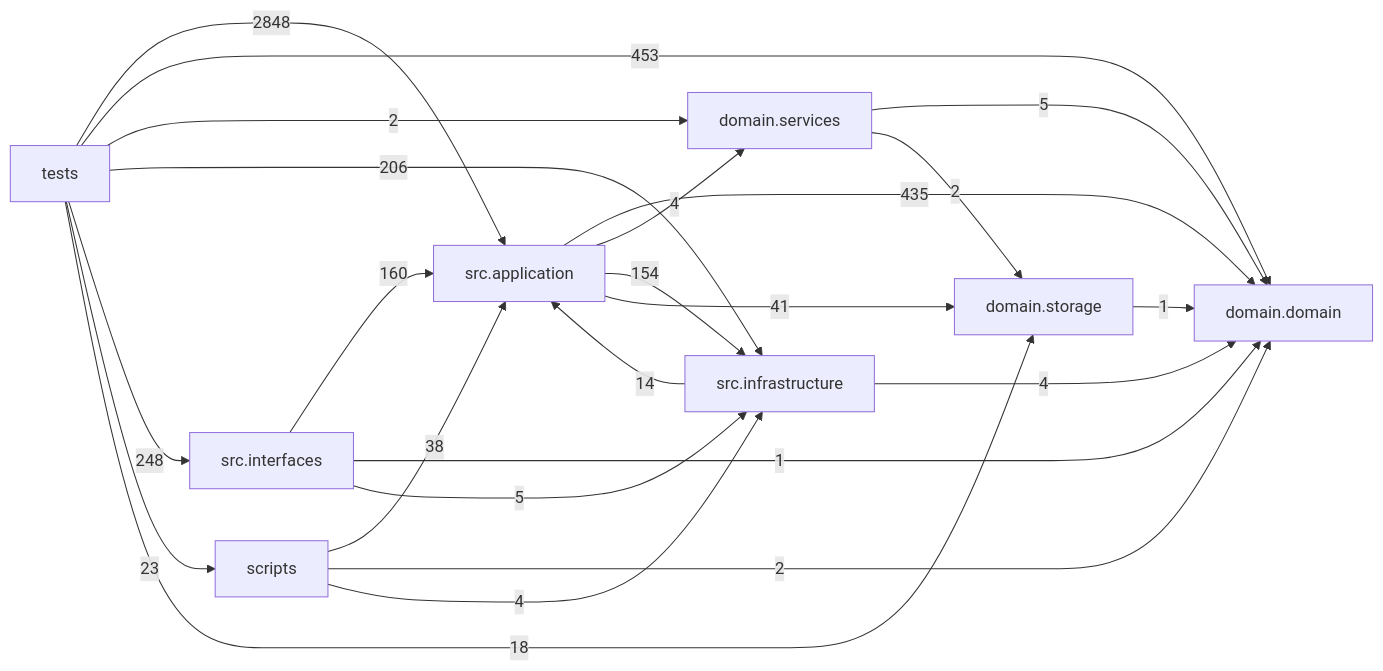
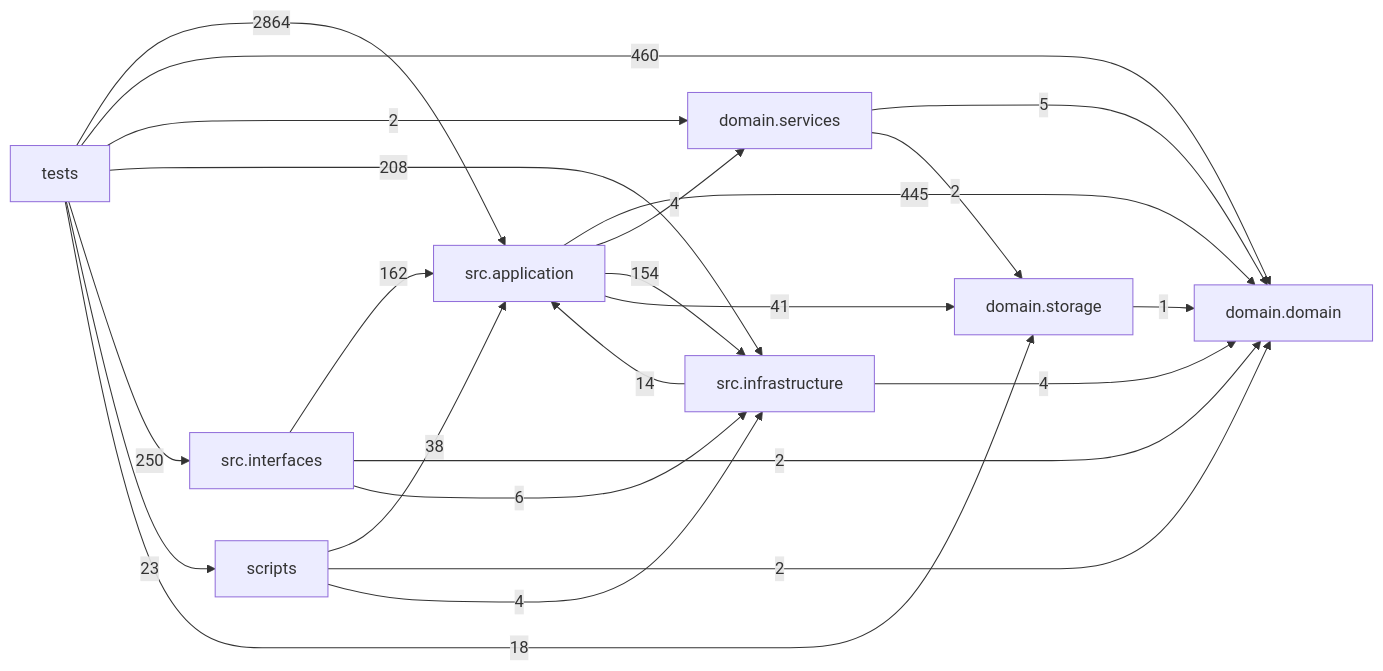
The diagram in docs/DEPENDENCY_GRAPH.md (liuxie066/options-monitor), drawn with Mermaid before and after one commit. The commit also changed other lines of this file and 46 other files, not shown here.

````diff
--- a/docs/DEPENDENCY_GRAPH.md
+++ b/docs/DEPENDENCY_GRAPH.md
@@ -24,33 +24,33 @@
 ```mermaid
 flowchart LR
   tests["tests"]
   scripts["scripts"]
   interfaces["src.interfaces"]
   application["src.application"]
   infrastructure["src.infrastructure"]
   domain_services["domain.services"]
   domain["domain.domain"]
   storage["domain.storage"]
-  application -->|435| domain
+  application -->|445| domain
   application -->|4| domain_services
   application -->|154| infrastructure
   application -->|41| storage
   domain_services -->|5| domain
   domain_services -->|2| storage
   infrastructure -->|14| application
   infrastructure -->|4| domain
-  interfaces -->|160| application
-  interfaces -->|1| domain
-  interfaces -->|5| infrastructure
+  interfaces -->|162| application
+  interfaces -->|2| domain
+  interfaces -->|6| infrastructure
   scripts -->|38| application
   scripts -->|2| domain
   scripts -->|4| infrastructure
   storage -->|1| domain
-  tests -->|2848| application
-  tests -->|453| domain
+  tests -->|2864| application
+  tests -->|460| domain
   tests -->|2| domain_services
-  tests -->|206| infrastructure
-  tests -->|248| interfaces
+  tests -->|208| infrastructure
+  tests -->|250| interfaces
   tests -->|23| scripts
   tests -->|18| storage
 ```
````
